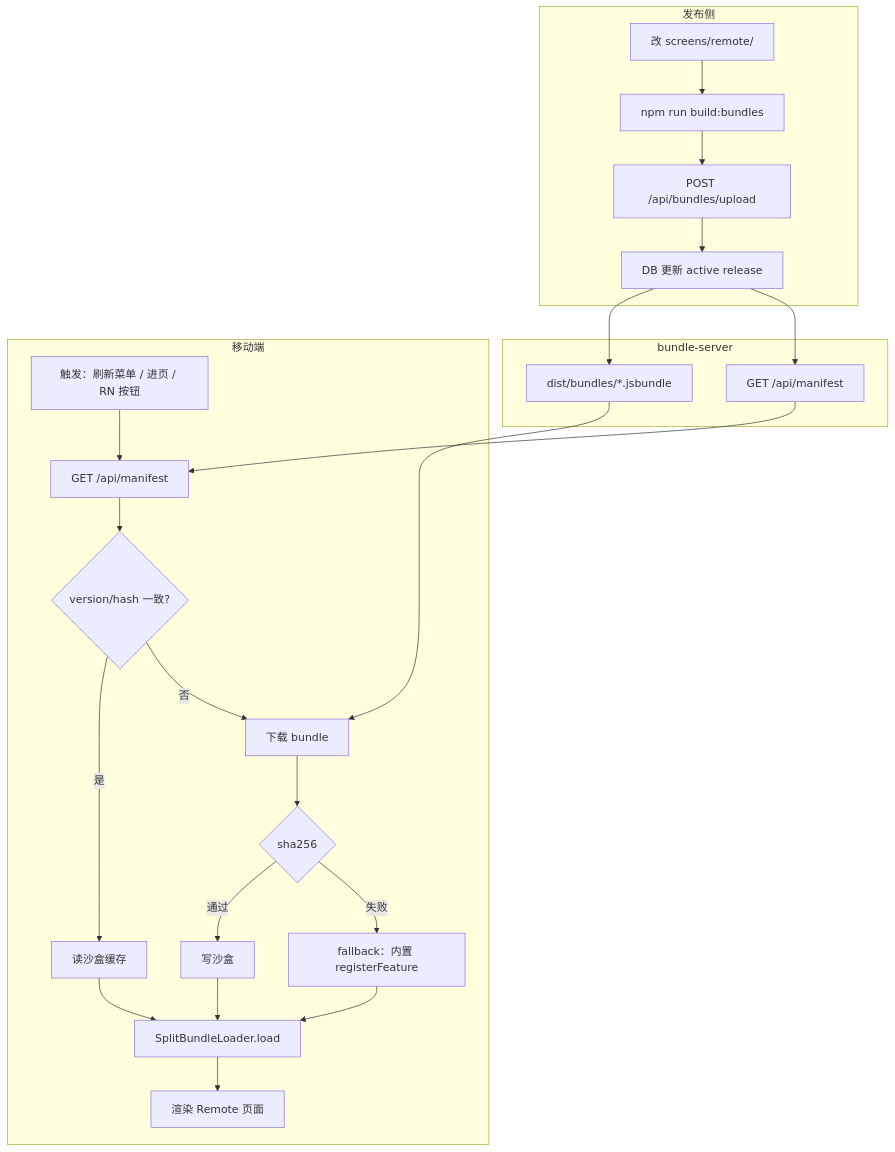
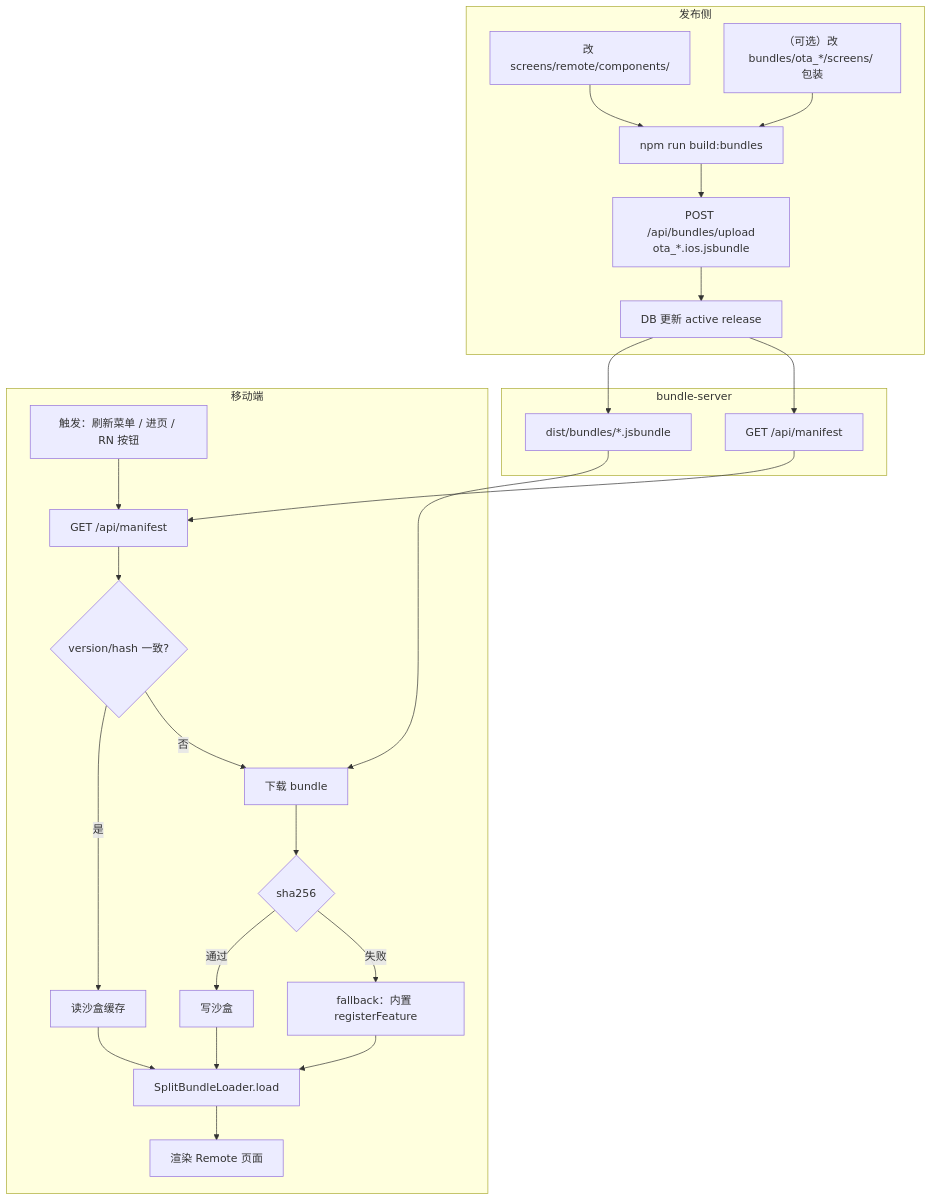
One commit to hpgo6688/brownfield changed the second of 2 diagrams in docs/dynamic-multi-bundle.md. Above: the diagram before and after it, drawn with Mermaid. The commit also changed other lines of this file and 28 other files, not shown here.

First line of the commit message:
Implement dual-path isolation for Remote OTA and Metro development

````diff
--- a/docs/dynamic-multi-bundle.md
+++ b/docs/dynamic-multi-bundle.md
@@ -282,30 +387,31 @@
 ```mermaid
 flowchart TB
     subgraph Publish["发布侧"]
-        A["改 screens/remote/"] --> B["npm run build:bundles"]
-        B --> C["POST /api/bundles/upload"]
+        A["改 screens/remote/components/"] --> B["npm run build:bundles"]
+        B2["（可选）改 bundles/ota_*/screens/ 包装"] --> B
+        B --> C["POST /api/bundles/upload<br/>ota_*.ios.jsbundle"]
         C --> D["DB 更新 active release"]
     end
 
     subgraph Server["bundle-server"]
         D --> E["dist/bundles/*.jsbundle"]
         D --> F["GET /api/manifest"]
     end
 
     subgraph Mobile["移动端"]
         H["触发：刷新菜单 / 进页 / RN 按钮"] --> I["GET /api/manifest"]
         I --> J{"version/hash 一致?"}
         J -->|是| K["读沙盒缓存"]
         J -->|否| L["下载 bundle"]
         L --> M{"sha256"}
         M -->|通过| N["写沙盒"]
         M -->|失败| O["fallback：内置 registerFeature"]
         N --> P["SplitBundleLoader.load"]
         K --> P
         O --> P
         P --> Q["渲染 Remote 页面"]
     end
 
     F --> I
     E --> L
 ```
````
